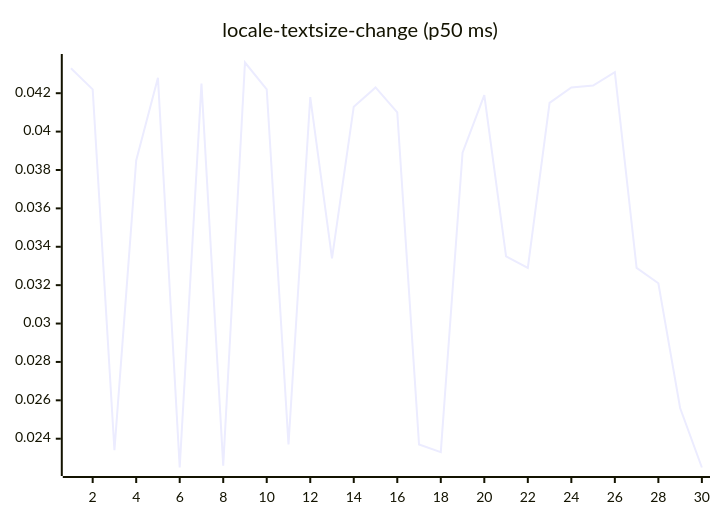
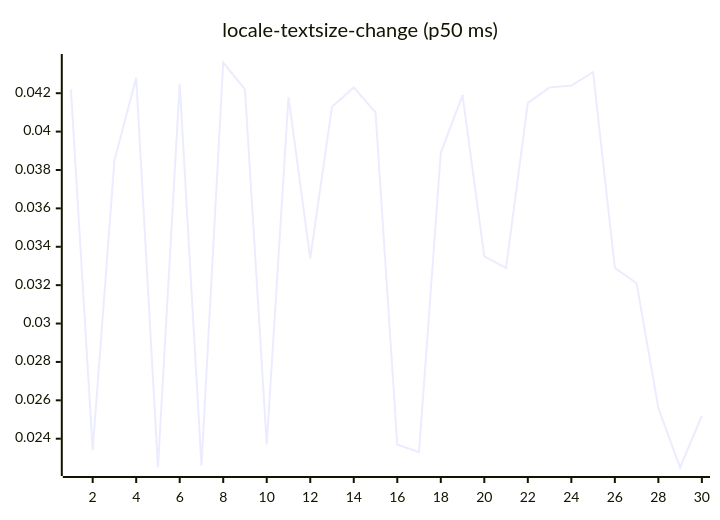
Before and after one commit to josha/Facet: diagram 13 of 27 in README.md, drawn with Mermaid. The commit also changed other lines of this file and 2 other files, not shown here.

````diff
--- a/README.md
+++ b/README.md
@@ -147,6 +147,6 @@
 ```mermaid
 xychart-beta
     title "locale-textsize-change (p50 ms)"
     x-axis 1 --> 30
-    line [0.0433, 0.0422, 0.0234, 0.0385, 0.0428, 0.0225, 0.0425, 0.0226, 0.0436, 0.0422, 0.0237, 0.0418, 0.0334, 0.0413, 0.0423, 0.0410, 0.0237, 0.0233, 0.0389, 0.0419, 0.0335, 0.0329, 0.0415, 0.0423, 0.0424, 0.0431, 0.0329, 0.0321, 0.0256, 0.0225]
+    line [0.0422, 0.0234, 0.0385, 0.0428, 0.0225, 0.0425, 0.0226, 0.0436, 0.0422, 0.0237, 0.0418, 0.0334, 0.0413, 0.0423, 0.0410, 0.0237, 0.0233, 0.0389, 0.0419, 0.0335, 0.0329, 0.0415, 0.0423, 0.0424, 0.0431, 0.0329, 0.0321, 0.0256, 0.0225, 0.0252]
 ```
````
